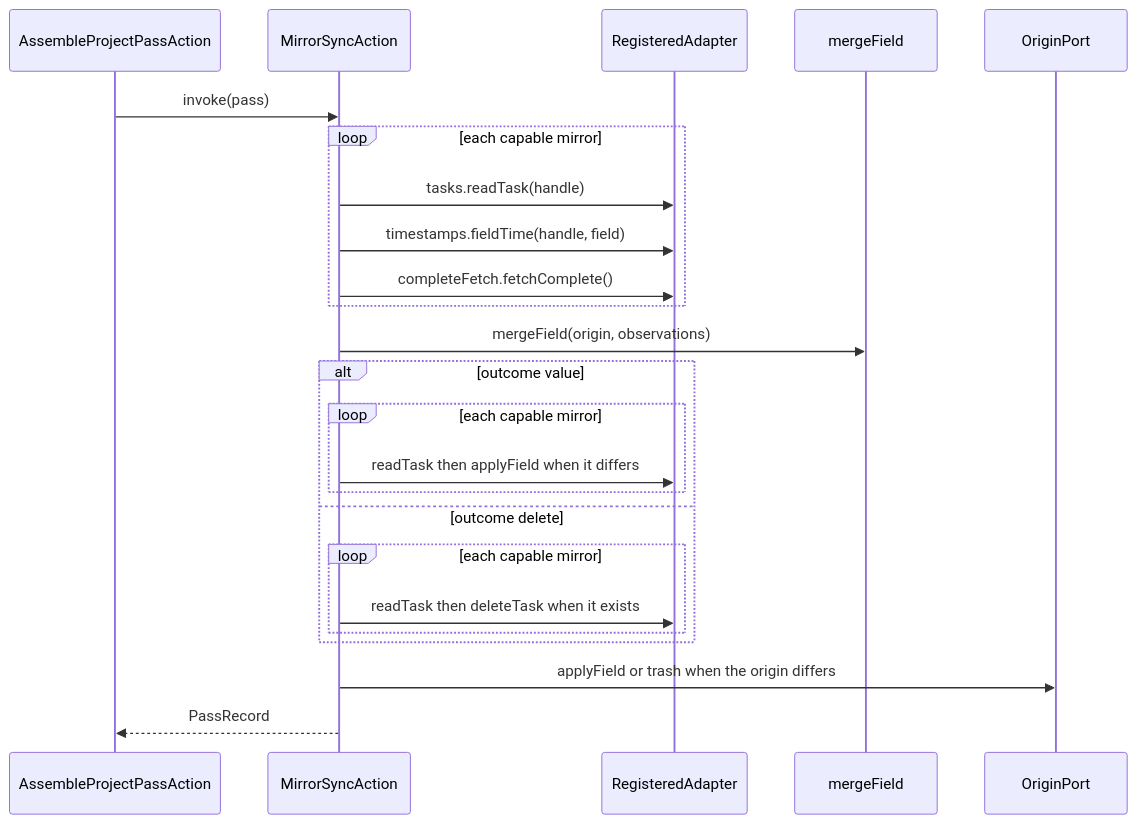
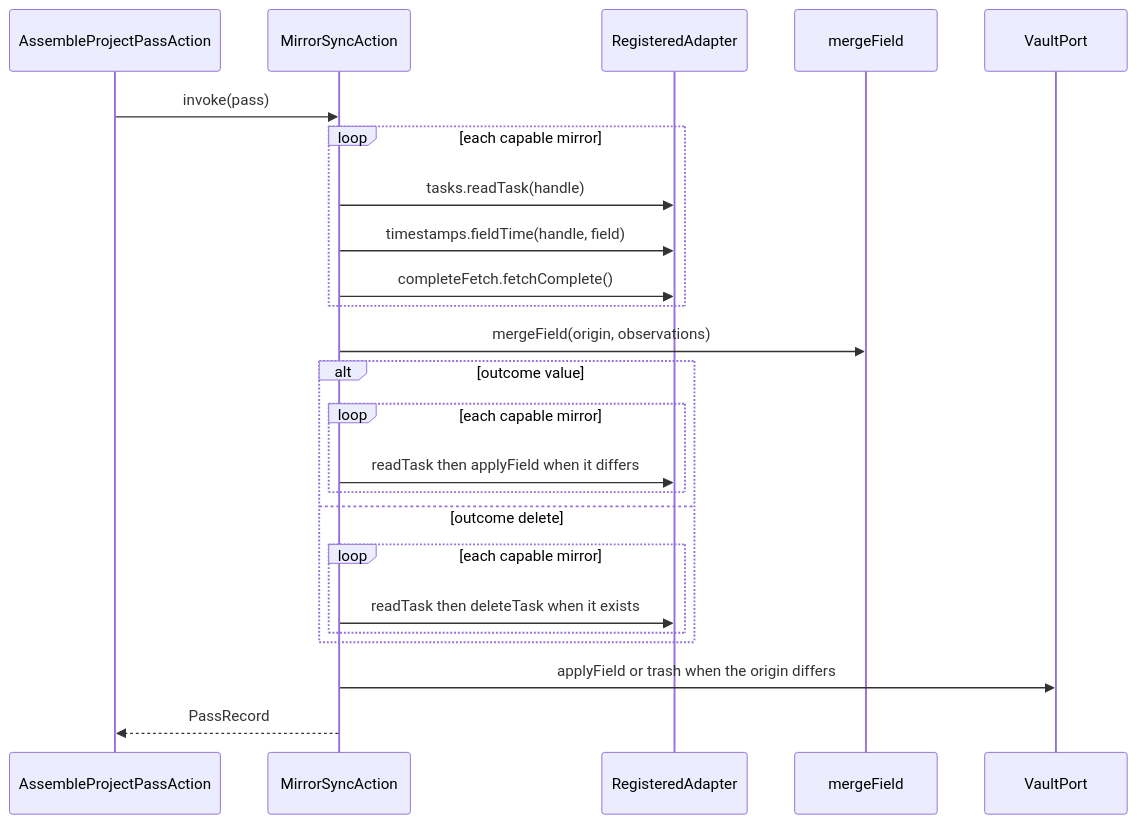
The fifth of 18 diagrams in docs/developer-manual.md (99linesofcode/obsidian-project-management), drawn with Mermaid before and after one commit. The commit also changed other lines of this file and 76 other files, not shown here.

First line of the commit message:
refactor(vault): collapse the vault ports into one VaultPort

````diff
--- a/docs/developer-manual.md
+++ b/docs/developer-manual.md
@@ -312,27 +312,27 @@
 ```mermaid
 sequenceDiagram
   participant A as AssembleProjectPassAction
   participant MS as MirrorSyncAction
   participant R as RegisteredAdapter
   participant MF as mergeField
-  participant O as OriginPort
+  participant O as VaultPort
 
   A->>MS: invoke(pass)
   loop each capable mirror
     MS->>R: tasks.readTask(handle)
     MS->>R: timestamps.fieldTime(handle, field)
     MS->>R: completeFetch.fetchComplete()
   end
   MS->>MF: mergeField(origin, observations)
   alt outcome value
     loop each capable mirror
       MS->>R: readTask then applyField when it differs
     end
   else outcome delete
     loop each capable mirror
       MS->>R: readTask then deleteTask when it exists
     end
   end
   MS->>O: applyField or trash when the origin differs
   MS-->>A: PassRecord
 ```
````
